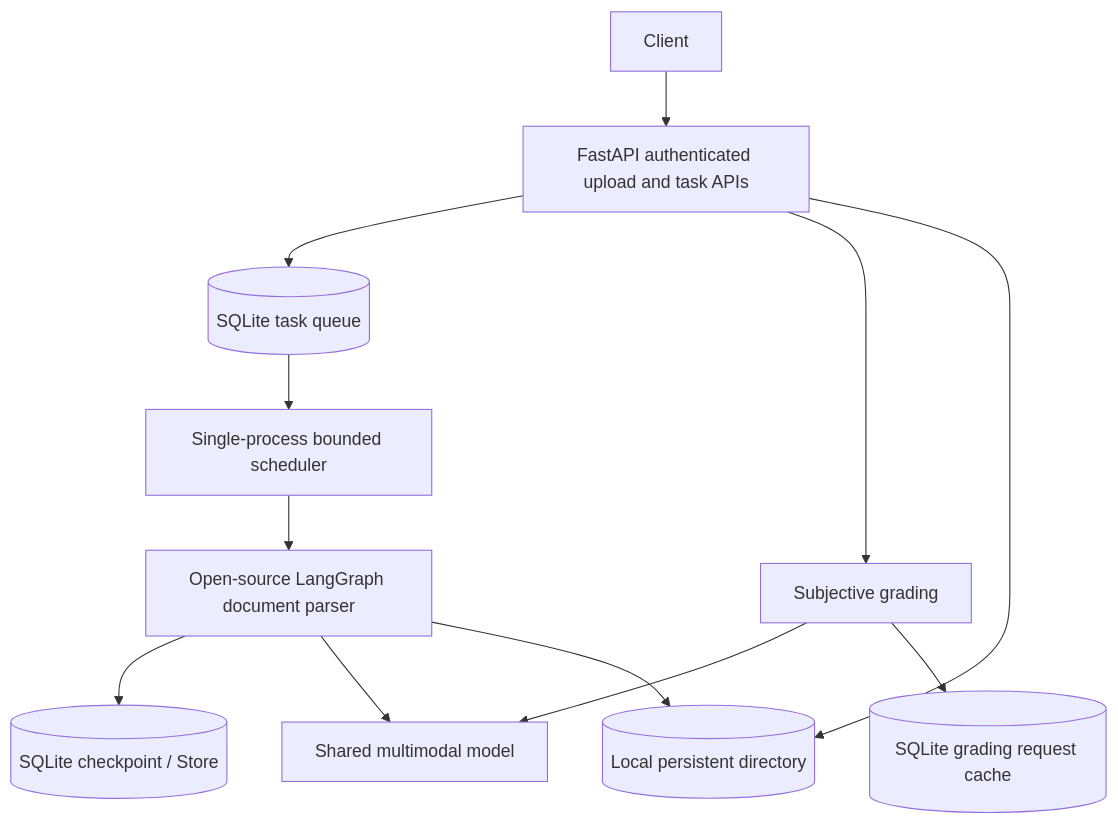
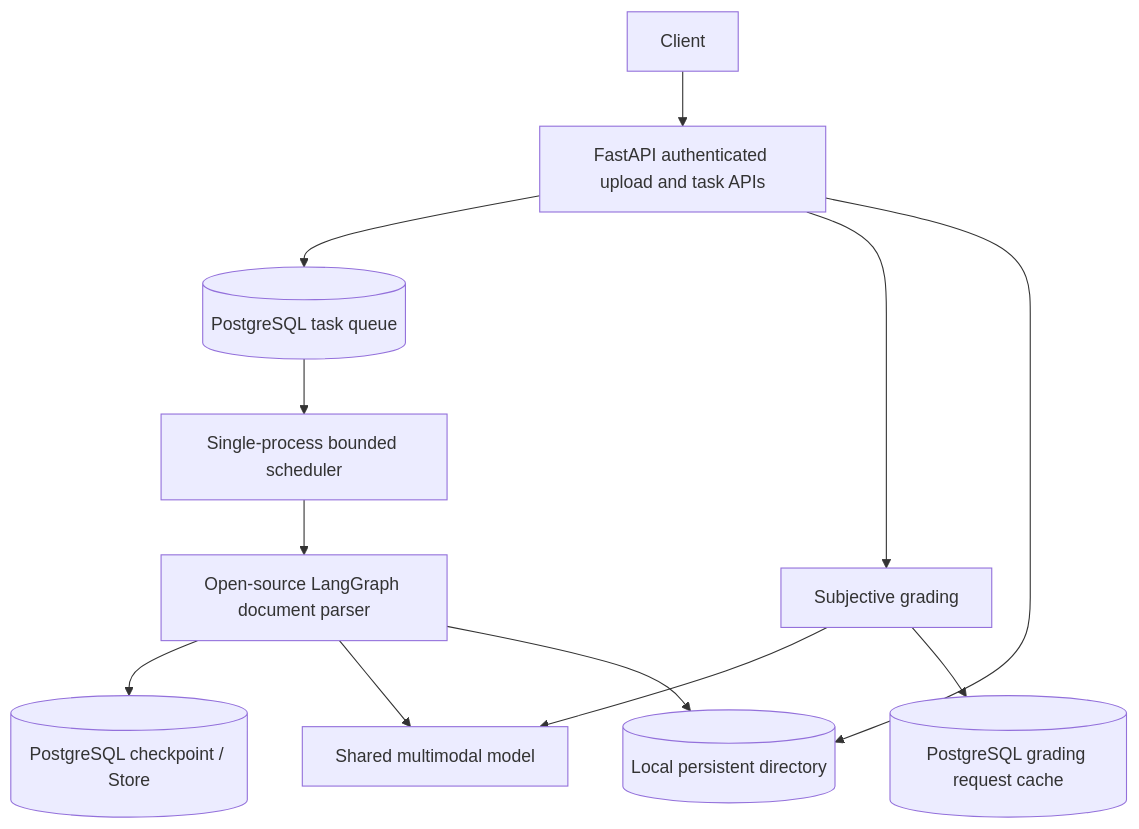
One commit to shenyankm/PractiQ changed the diagram in server/docs/service-guide.md. Above: the diagram before and after it, drawn with Mermaid. The commit also changed other lines of this file and 36 other files, not shown here.

Commit message:
feat(server): use PostgreSQL for durable service state

````diff
--- a/server/docs/service-guide.md
+++ b/server/docs/service-guide.md
@@ -175,14 +175,14 @@
 ```mermaid
 graph TD
     Client[Client] --> API[FastAPI authenticated upload and task APIs]
-    API --> DB[(SQLite task queue)]
+    API --> DB[(PostgreSQL task queue)]
     DB --> Runner[Single-process bounded scheduler]
     Runner --> Graph[Open-source LangGraph document parser]
-    Graph --> State[(SQLite checkpoint / Store)]
+    Graph --> State[(PostgreSQL checkpoint / Store)]
     Graph --> Model[Shared multimodal model]
     API --> Grading[Subjective grading]
     Grading --> Model
-    Grading --> Grades[(SQLite grading request cache)]
+    Grading --> Grades[(PostgreSQL grading request cache)]
     API --> Files[(Local persistent directory)]
     Graph --> Files
 ```
````
